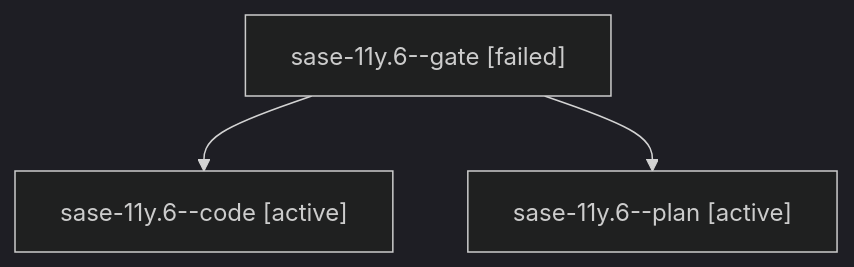
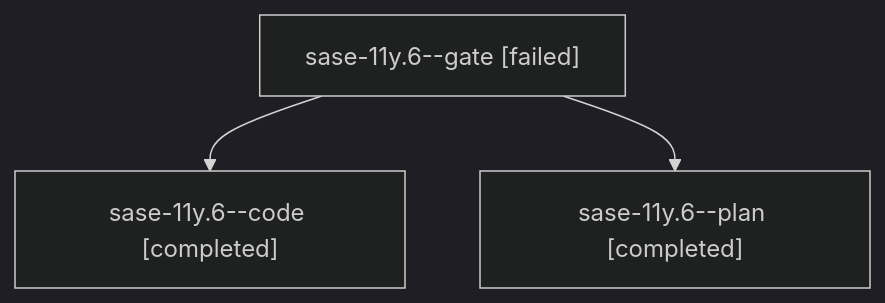
One commit to sase-org/sase--agents changed the diagram in families/bbugyi200.athena.sase-11y.6.md. Above: the diagram before and after it, drawn with Mermaid (dark theme). The commit also changed other lines of this file and 58 other files, not shown here.

````diff
--- a/families/bbugyi200.athena.sase-11y.6.md
+++ b/families/bbugyi200.athena.sase-11y.6.md
@@ -9,8 +9,8 @@
 ```mermaid
 flowchart TD
   n0["sase-11y.6--gate [failed]"]
-  n1["sase-11y.6--code [active]"]
+  n1["sase-11y.6--code [completed]"]
   n0 --> n1
-  n2["sase-11y.6--plan [active]"]
+  n2["sase-11y.6--plan [completed]"]
   n0 --> n2
 ```
````
